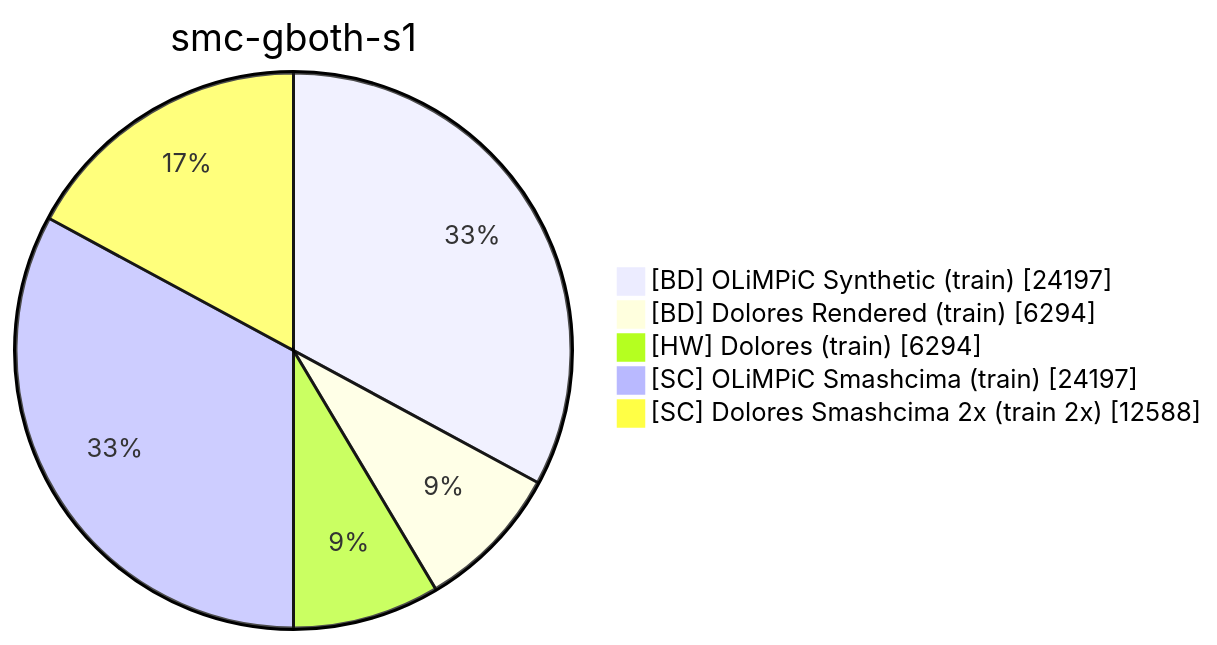
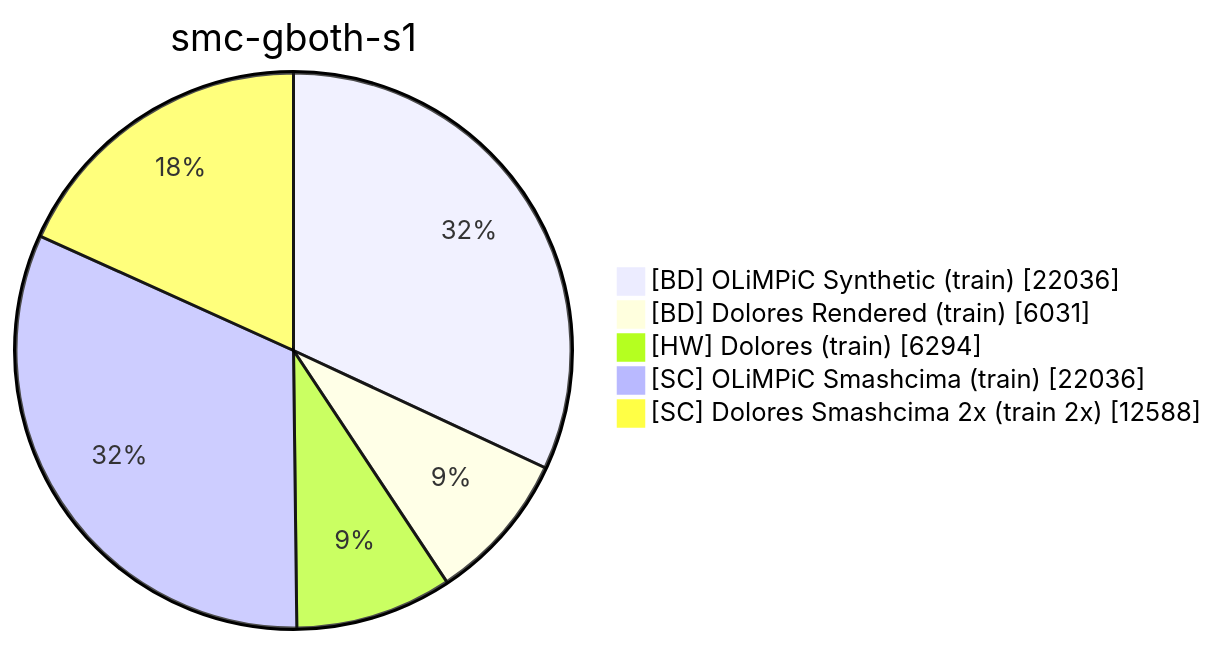
One commit to Jirka-Mayer/ijdar changed the third of 8 diagrams in docs/smashcima.md. Above: the diagram before and after it, drawn with Mermaid. The commit also changed other lines of this file and 2 other files, not shown here.

````diff
--- a/docs/smashcima.md
+++ b/docs/smashcima.md
@@ -99,8 +103,8 @@
 ```mermaid
 pie showData title smc-gboth-s1
-    "[BD] OLiMPiC Synthetic (train)" : 24197
-    "[BD] Dolores Rendered (train)" : 6294
+    "[BD] OLiMPiC Synthetic (train)" : 22036
+    "[BD] Dolores Rendered (train)" : 6031
     "[HW] Dolores (train)" : 6294
-    "[SC] OLiMPiC Smashcima (train)" : 24197
+    "[SC] OLiMPiC Smashcima (train)" : 22036
     "[SC] Dolores Smashcima 2x (train 2x)" : 12588
 ```
````
